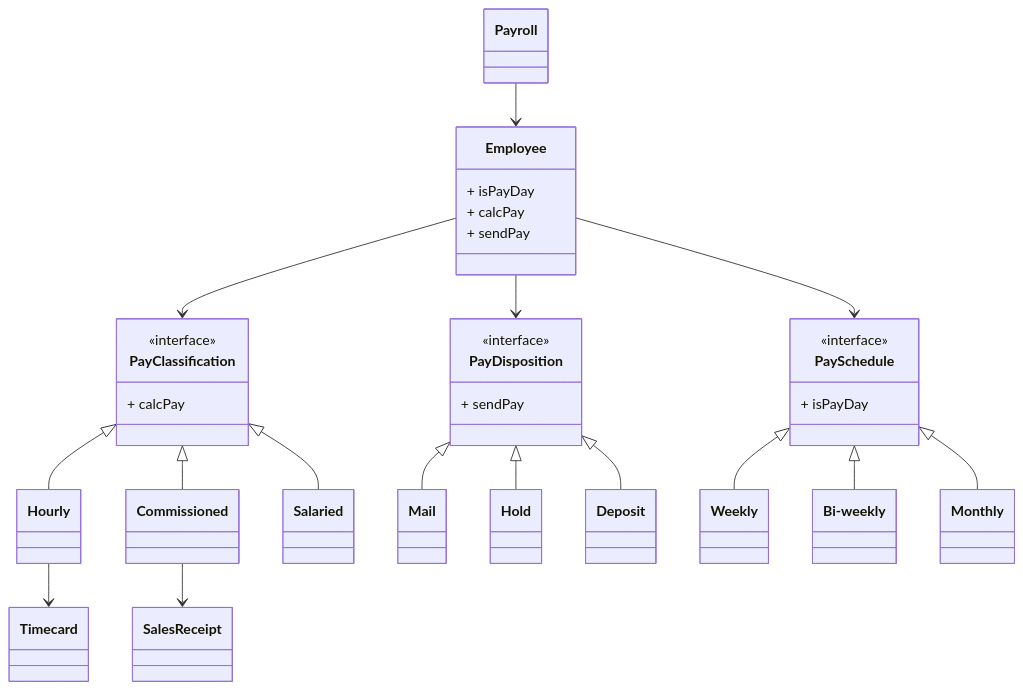
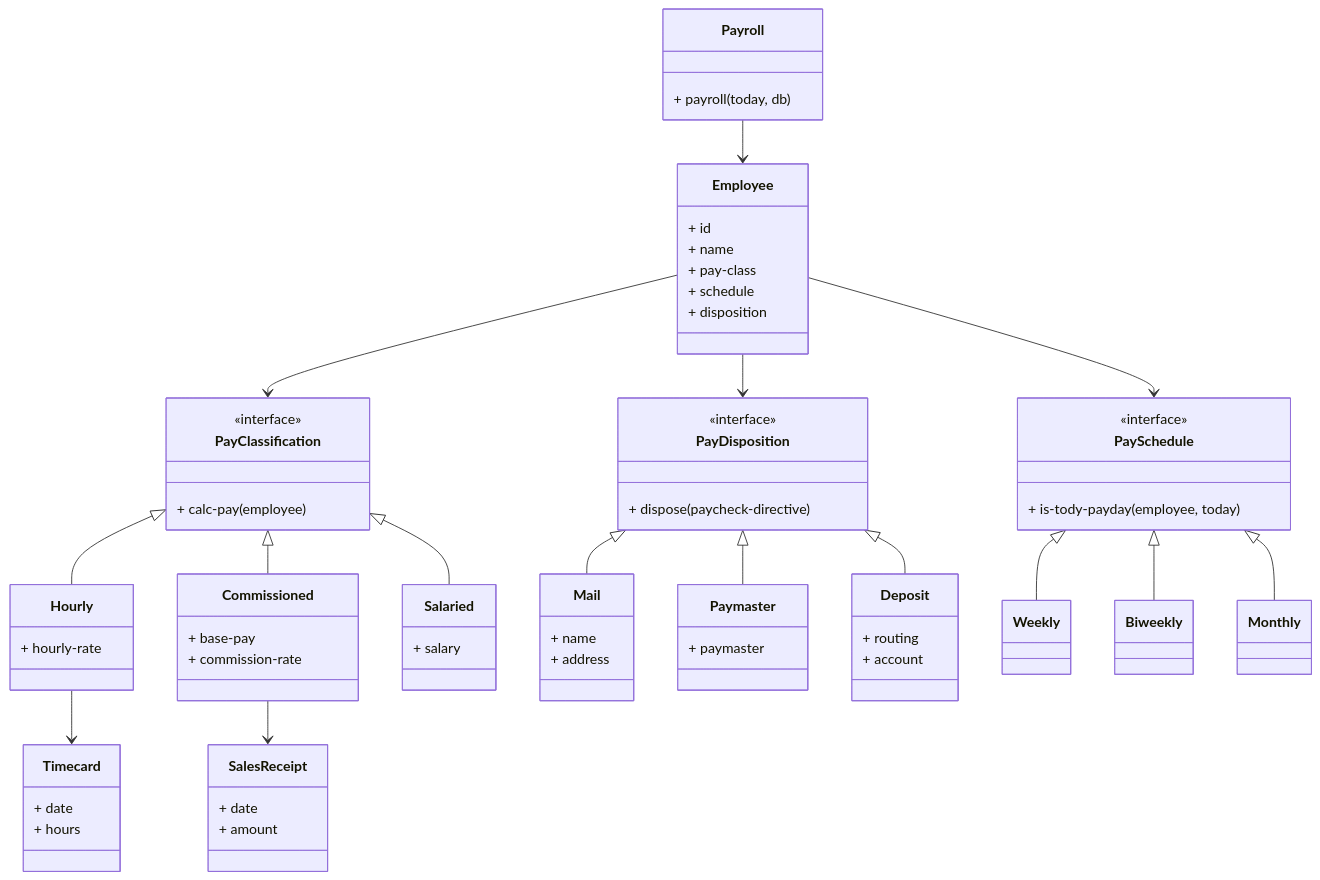
Before and after one commit to k2works/pragmatic-programing-exercise-2025: the first of 2 diagrams in app/payroll/README.md, drawn with Mermaid. The commit also changed other lines of this file, not shown here.

````diff
--- a/app/payroll/README.md
+++ b/app/payroll/README.md
@@ -16,61 +20,76 @@
 ```mermaid
 classDiagram
     class Payroll {
+        + payroll(today, db)
     }
     class Employee {
-        + isPayDay
-        + calcPay
-        + sendPay
+        + id
+        + name
+        + pay-class
+        + schedule
+        + disposition
     }
     class PayClassification{
         <<interface>>
-        + calcPay
+        + calc-pay(employee)
     }
     class Hourly {
+        + hourly-rate
     }
     class Timecard {
+        + date
+        + hours
     }
     class Commissioned {
+        + base-pay
+        + commission-rate
     }
     class SalesReceipt {
+        + date
+        + amount
     }
     class Salaried {
+        + salary
     }
     class PayDisposition {
         <<interface>>
-        + sendPay
+        + dispose(paycheck-directive)
     }
     class Mail {
+        + name
+        + address
     }
-    class Hold {
+    class Paymaster {
+        + paymaster
     }
     class Deposit {
+        + routing
+        + account
     }
     class PaySchedule {
-    <<interface>>
-        + isPayDay
+        <<interface>>
+        + is-tody-payday(employee, today)
     }
     class Weekly {
     }
-    class Bi-weekly {
+    class Biweekly {
     }
     class Monthly {
     }
-  
+
     Payroll --> Employee
     Employee --> PayClassification
     Employee --> PayDisposition
     Employee --> PaySchedule
     PayClassification <|-- Hourly
     PayClassification <|-- Commissioned
     PayClassification <|-- Salaried
     PayDisposition <|-- Mail
-    PayDisposition <|-- Hold
+    PayDisposition <|-- Paymaster
     PayDisposition <|-- Deposit
     PaySchedule <|-- Weekly
-    PaySchedule <|-- Bi-weekly
+    PaySchedule <|-- Biweekly
     PaySchedule <|-- Monthly
     Hourly --> Timecard
     Commissioned --> SalesReceipt
-
 ```
````
